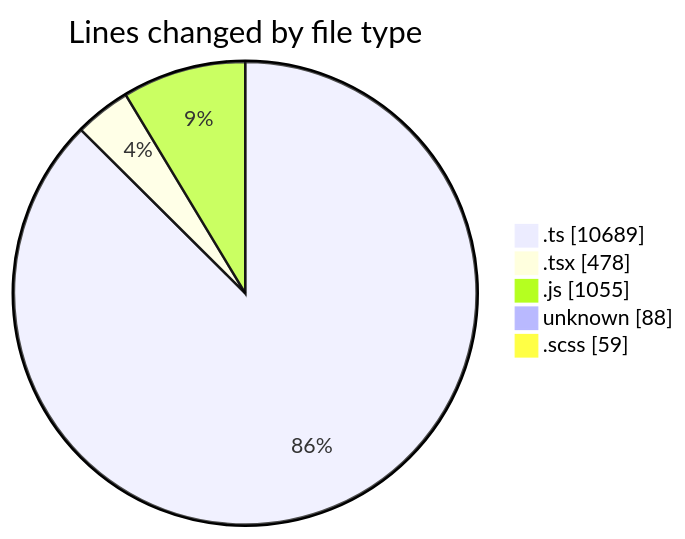
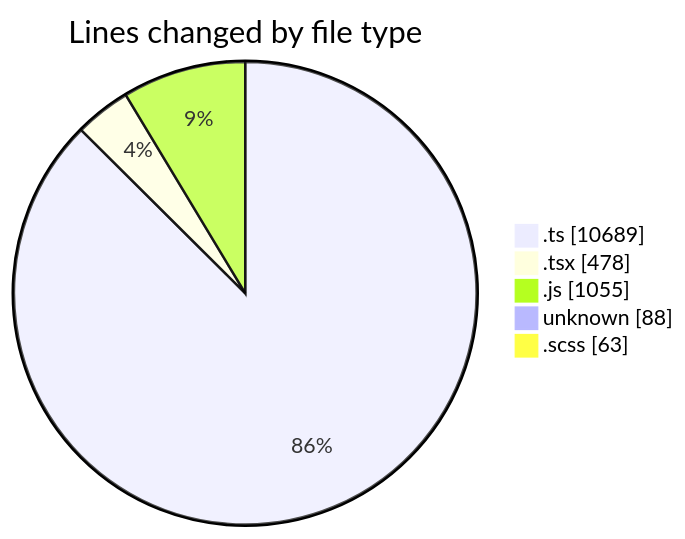
One commit to momahboobian/code-tracking changed the first of 2 diagrams in 2026-03-11/cda/README.md. Above: the diagram before and after it, drawn with Mermaid. The commit also changed other lines of this file and 1 other file, not shown here.

````diff
--- a/2026-03-11/cda/README.md
+++ b/2026-03-11/cda/README.md
@@ -35,9 +35,9 @@
 ```mermaid
 pie showData
 title Lines changed by file type
 ".ts" : 10689
 ".tsx" : 478
 ".js" : 1055
 "unknown" : 88
-".scss" : 59
+".scss" : 63
 ```
````
